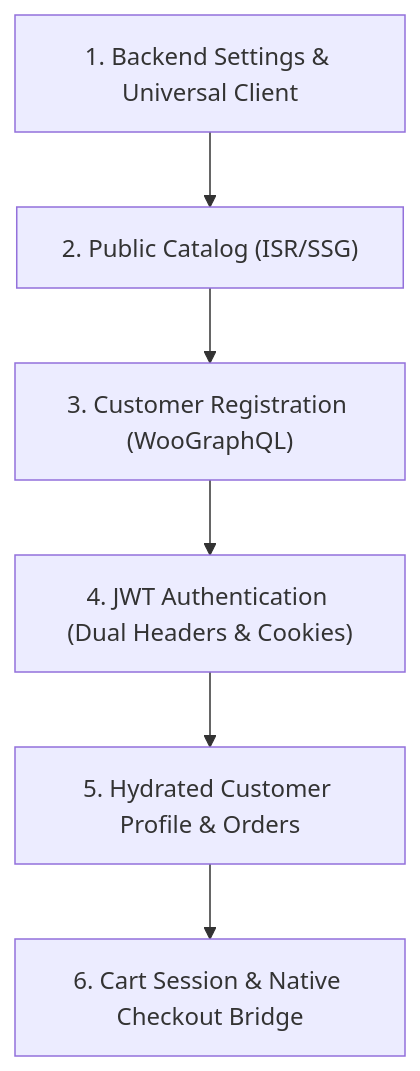
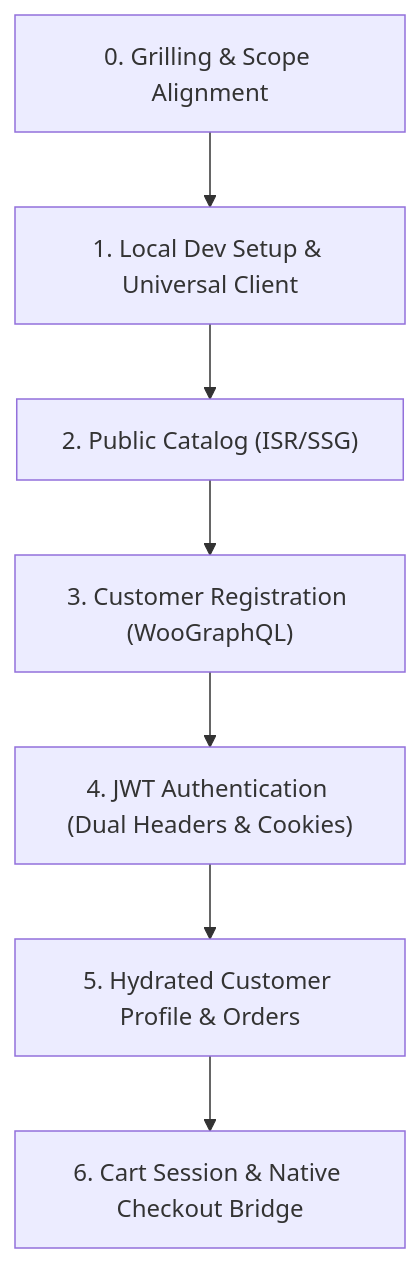
The diagram in .agents/skills/nextjs-woocommerce/SKILL.md (BIGboss248/nextjs-wordpress), drawn with Mermaid before and after one commit. The commit also changed other lines of this file and 5 other files, not shown here.

Commit message:
chore(dev): local dev optimizations

````diff
--- a/.agents/skills/nextjs-woocommerce/SKILL.md
+++ b/.agents/skills/nextjs-woocommerce/SKILL.md
@@ -24,8 +24,9 @@
 ```mermaid
 flowchart TD
-    S1["1. Backend Settings & Universal Client"] --> S2["2. Public Catalog (ISR/SSG)"]
+    G0["0. Grilling & Scope Alignment"] --> S1["1. Local Dev Setup & Universal Client"]
+    S1 --> S2["2. Public Catalog (ISR/SSG)"]
     S2 --> S3["3. Customer Registration (WooGraphQL)"]
     S3 --> S4["4. JWT Authentication (Dual Headers & Cookies)"]
     S4 --> S5["5. Hydrated Customer Profile & Orders"]
     S5 --> S6["6. Cart Session & Native Checkout Bridge"]
 ```
````
